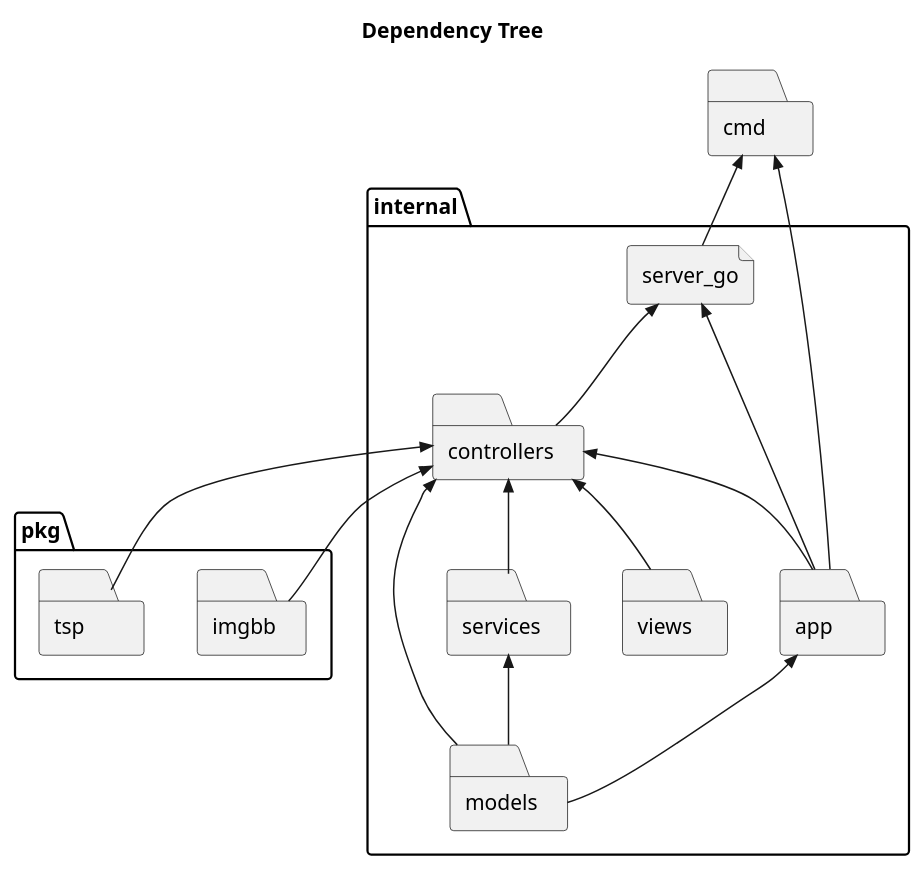
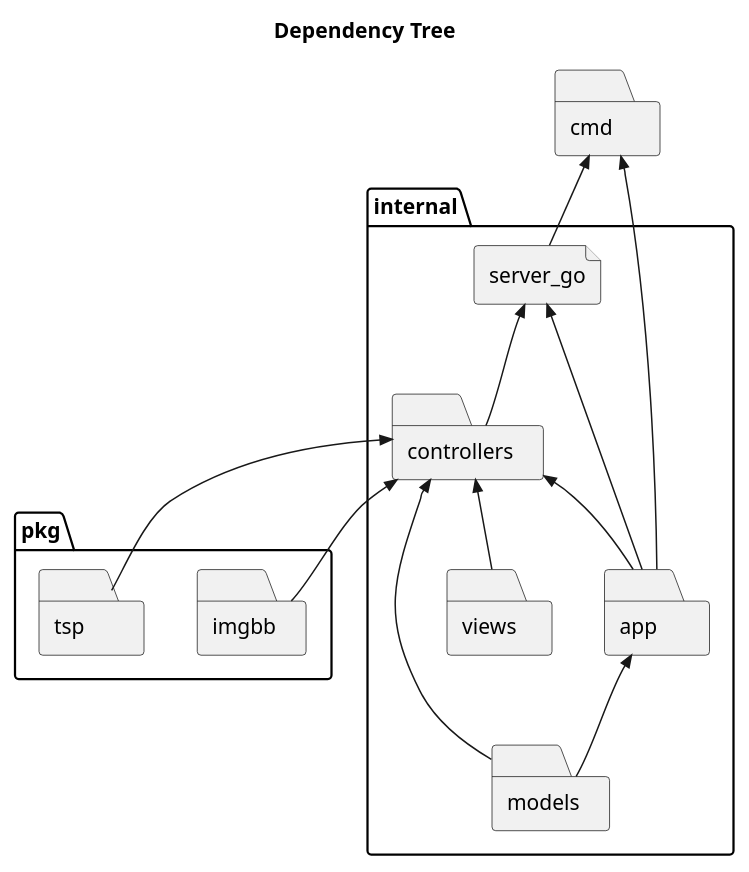
Before and after one commit to the-clothing-loop/website: the diagram in server/structure.deployment.puml, drawn with PlantUML. The commit also changed 7 other files, not shown here.

```diff
--- a/server/structure.deployment.puml
+++ b/server/structure.deployment.puml
@@ -1,52 +1,47 @@
 @startuml Structure
 
 ' Copy this into https://www.plantuml.com/plantuml/uml/
 ' and save the url in the README file before committing changes
 
 title Dependency Tree
 
 folder internal {
   file server_go {
   }
 
 
   folder app {
   }
   folder controllers {
   }
   folder models {
-  }
-  folder services {
   }
   folder views {
   }
 }
 
 folder pkg {
   folder imgbb {
   }
   folder tsp {
   }
 }
 
 folder cmd {
 }
 
 cmd <<-- server_go
 cmd <<-- app
 
 server_go <<-- app
 server_go <<-- controllers
 
 controllers <<-- models
-controllers <<-- services
 controllers <<-- views
 controllers <<-- tsp
 controllers <<-- imgbb
 controllers <<-- app
 
-services <<-- models
-
 app <<-- models
 
 @enduml
```
